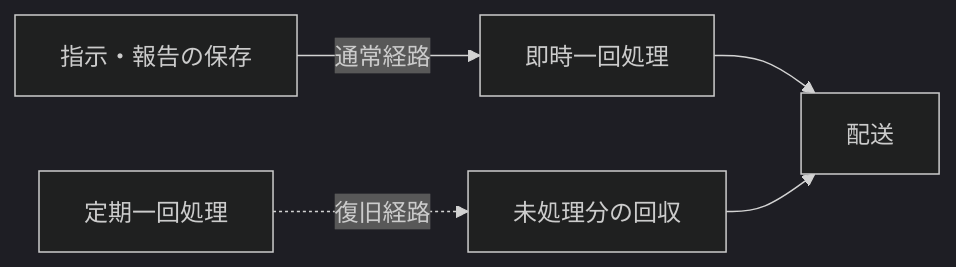
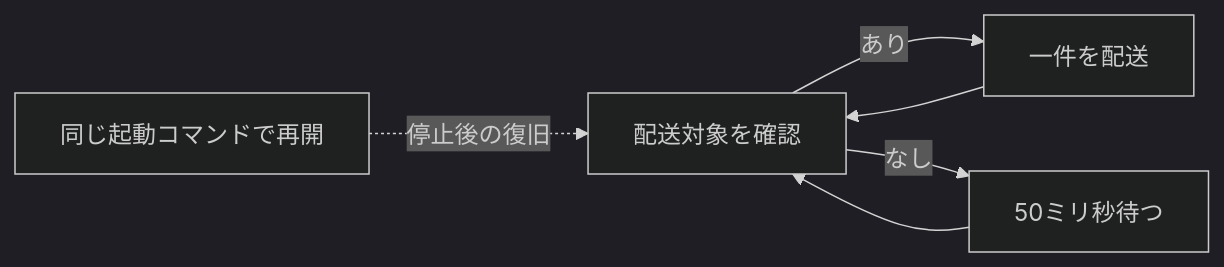
The first of 2 diagrams in docs/2026-08-31-エージェント艦隊-非機能要件.md (nakamori-naoya/agent-fleet-plugins), drawn with Mermaid (dark theme) before and after one commit. The commit also changed other lines of this file and 39 other files, not shown here.

````diff
--- a/docs/2026-08-31-エージェント艦隊-非機能要件.md
+++ b/docs/2026-08-31-エージェント艦隊-非機能要件.md
@@ -60,10 +60,10 @@
 ```mermaid
 flowchart LR
-    E[指示・報告の保存]
-    I[即時一回処理]
-    D[配送]
-    P[定期一回処理]
-    R[未処理分の回収]
-    E -->|通常経路| I --> D
-    P -. 復旧経路 .-> R --> D
+    C[配送対象を確認]
+    D[一件を配送]
+    I[50ミリ秒待つ]
+    S[同じ起動コマンドで再開]
+    C -->|あり| D --> C
+    C -->|なし| I --> C
+    S -. 停止後の復旧 .-> C
 ```
````
